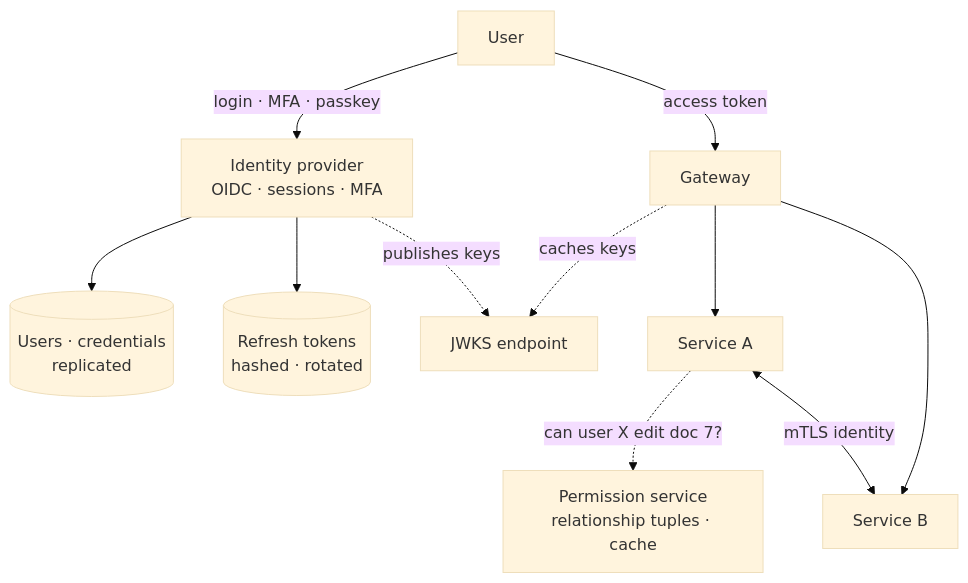
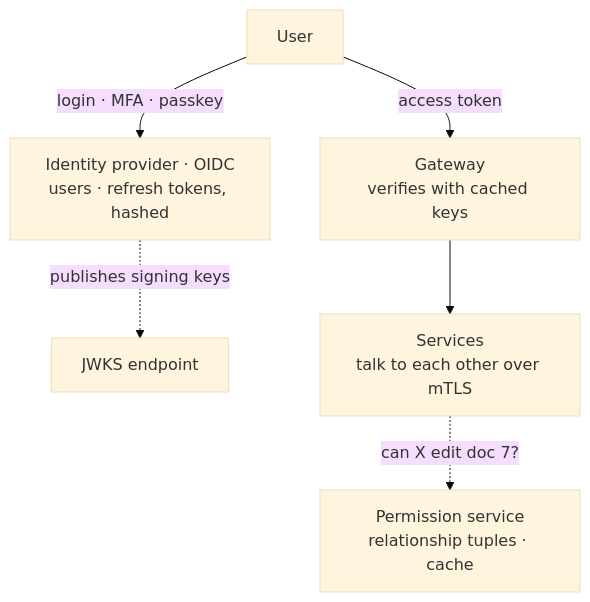
Before and after one commit to dhaval-76/engineering-field-guide: the diagram in src/content/topics/system-design/auth-at-scale/diagrams/identity-platform.mmd, drawn with Mermaid (base theme). The commit also changed 22 other files, not shown here.

Commit message:
System design diagrams: narrow layouts for phones

```diff
--- a/src/content/topics/system-design/auth-at-scale/diagrams/identity-platform.mmd
+++ b/src/content/topics/system-design/auth-at-scale/diagrams/identity-platform.mmd
@@ -1,11 +1,6 @@
 flowchart TD
-  U[User] -- "login · MFA · passkey" --> IDP[Identity provider<br/>OIDC · sessions · MFA]
-  IDP --> UD[(Users · credentials<br/>replicated)]
-  IDP --> RT[(Refresh tokens<br/>hashed · rotated)]
-  IDP -. publishes keys .-> JWKS[JWKS endpoint]
-  U -- access token --> GW[Gateway]
-  GW -. caches keys .-> JWKS
-  GW --> S1[Service A]
-  GW --> S2[Service B]
-  S1 -. "can user X edit doc 7?" .-> PS[Permission service<br/>relationship tuples · cache]
-  S1 <-- mTLS identity --> S2
+  U[User] -- "login · MFA · passkey" --> IDP[Identity provider · OIDC<br/>users · refresh tokens, hashed]
+  IDP -. publishes signing keys .-> JWKS[JWKS endpoint]
+  U -- "access token" --> GW[Gateway<br/>verifies with cached keys]
+  GW --> S[Services<br/>talk to each other over mTLS]
+  S -. "can X edit doc 7?" .-> PS[Permission service<br/>relationship tuples · cache]
```
